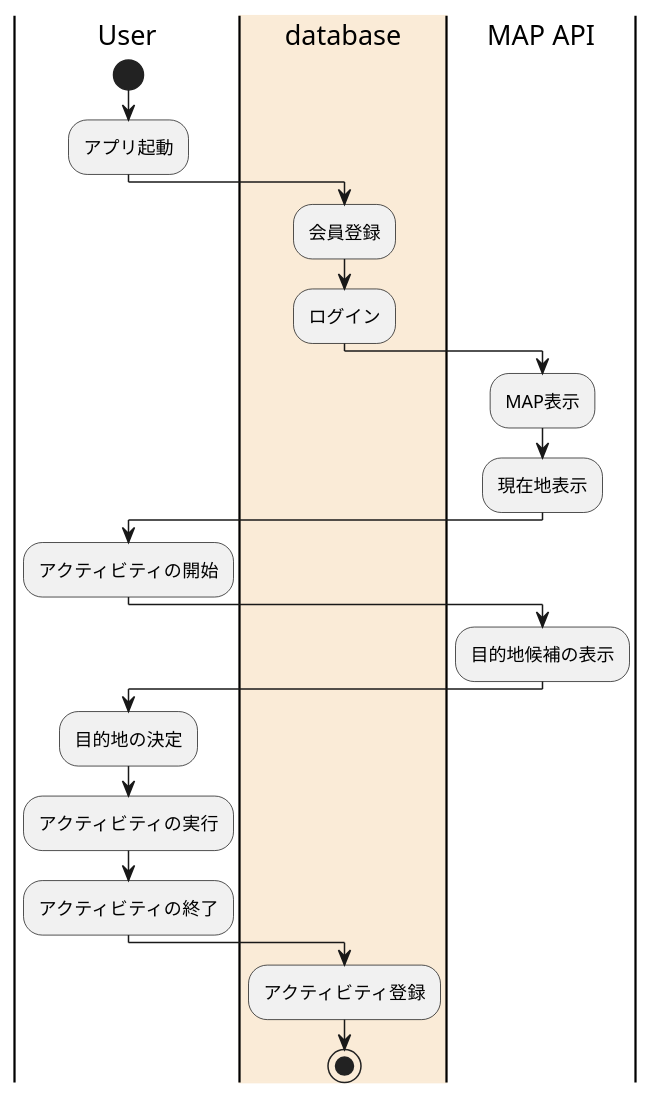
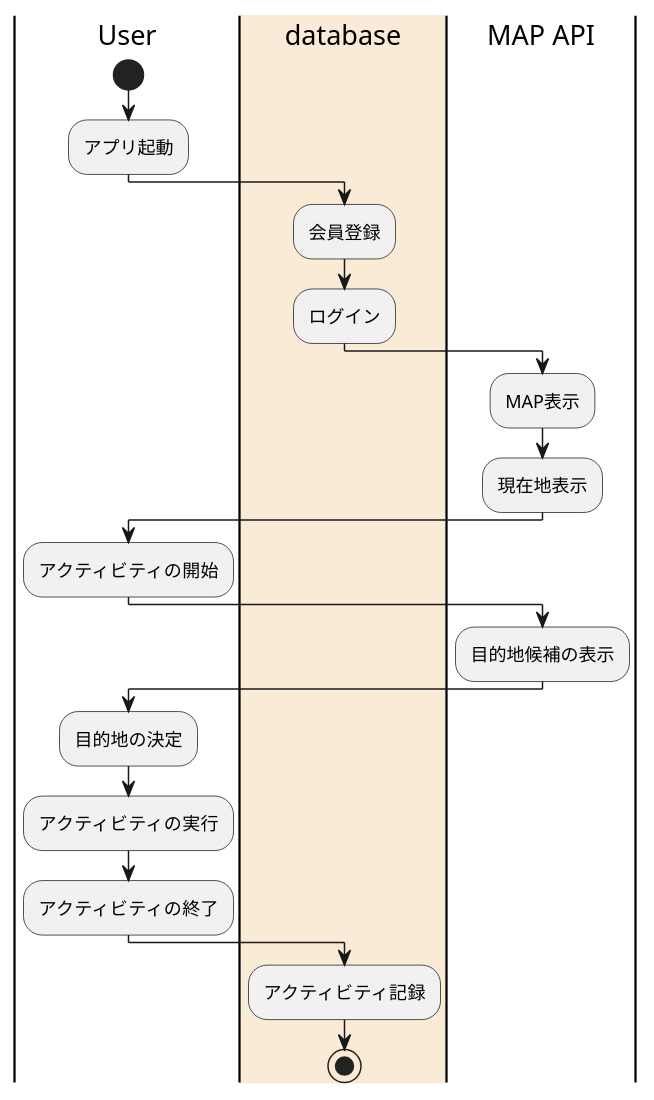
The diagram in docs/dev/UML/ActivityDiagram/activity-diagram.pu (chamberskaz0301/Walky_BackUp), drawn with PlantUML before and after one commit. The commit also changed 7 other files, not shown here.

```diff
--- a/docs/dev/UML/ActivityDiagram/activity-diagram.pu
+++ b/docs/dev/UML/ActivityDiagram/activity-diagram.pu
@@ -1,32 +1,32 @@
 @startuml
 
 |User|
 
 start
 
 :アプリ起動;
 
 |#AntiqueWhite|database|
 :会員登録;
 :ログイン;
 
 |MAP API|
 :MAP表示;
 :現在地表示;
 
 |User|
 :アクティビティの開始;
 
 |MAP API|
 :目的地候補の表示;
 
 |User|
 :目的地の決定;
 :アクティビティの実行;
 :アクティビティの終了;
 
 |database|
-:アクティビティ登録;
+:アクティビティ記録;
 
 stop
 @enduml
```
